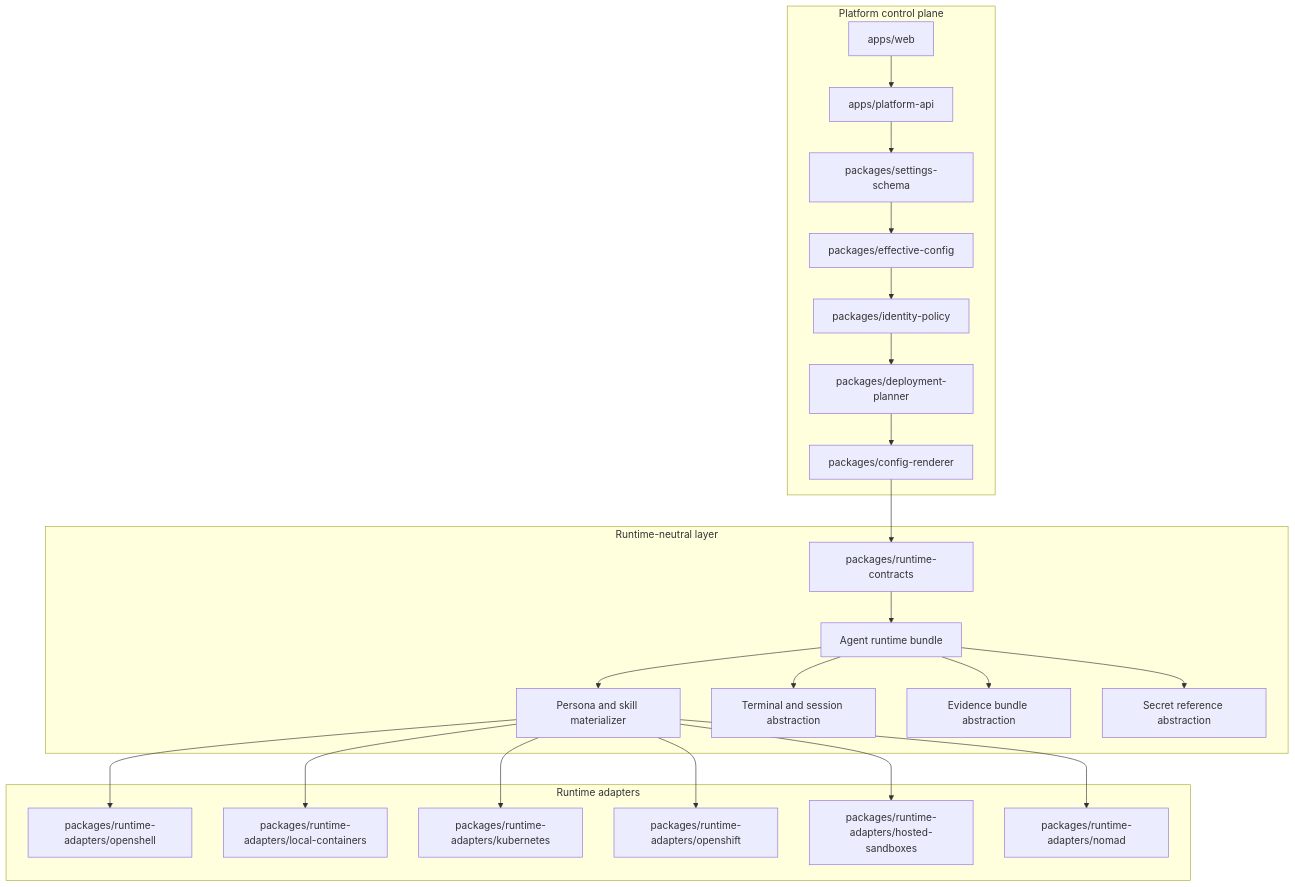
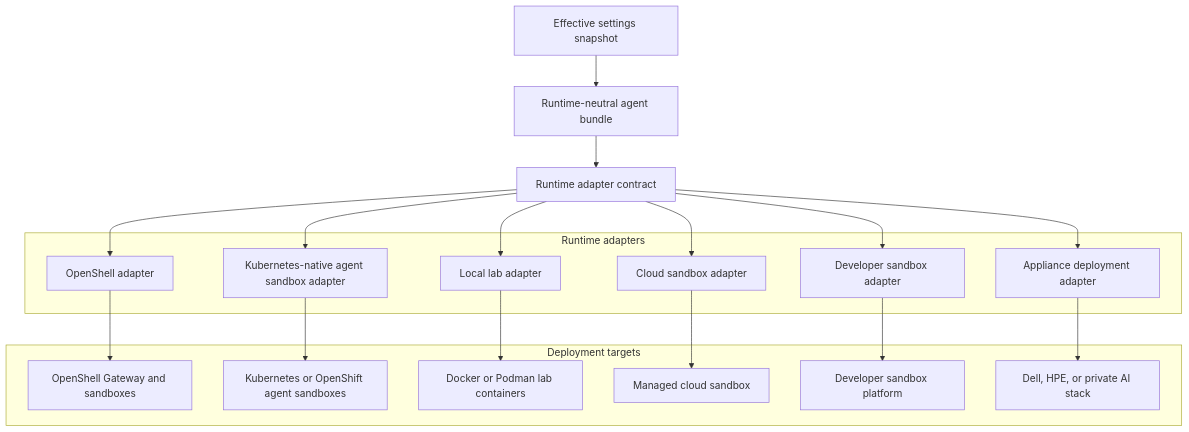
The seventh of 7 diagrams in docs/architecture/runtime-execution-environment-evaluation.md (ColtMercer/the-agentic-network-platform), drawn with Mermaid before and after one commit. The commit also changed other lines of this file and 1 other file, not shown here.

Commit message:
Update runtime competitor landscape

````diff
--- a/docs/architecture/runtime-execution-environment-evaluation.md
+++ b/docs/architecture/runtime-execution-environment-evaluation.md
@@ -658,50 +414,39 @@
 ```mermaid
 flowchart TB
-    subgraph control["Platform control plane"]
-        ui["apps/web"]
-        api["apps/platform-api"]
-        settings["packages/settings-schema"]
-        effective["packages/effective-config"]
-        policy["packages/identity-policy"]
-        planner["packages/deployment-planner"]
-        renderer["packages/config-renderer"]
+    settings["Effective settings snapshot"]
+    bundle["Runtime-neutral agent bundle"]
+    contract["Runtime adapter contract"]
+
+    subgraph adapters["Runtime adapters"]
+        openshellAdapter["OpenShell adapter"]
+        k8sAdapter["Kubernetes-native agent sandbox adapter"]
+        localAdapter["Local lab adapter"]
+        cloudAdapter["Cloud sandbox adapter"]
+        devAdapter["Developer sandbox adapter"]
+        applianceAdapter["Appliance deployment adapter"]
     end
 
-    subgraph neutral["Runtime-neutral layer"]
-        contracts["packages/runtime-contracts"]
-        bundle["Agent runtime bundle"]
-        personas["Persona and skill materializer"]
-        sessions["Terminal and session abstraction"]
-        evidence["Evidence bundle abstraction"]
-        secrets["Secret reference abstraction"]
+    subgraph outputs["Deployment targets"]
+        openshellTarget["OpenShell Gateway and sandboxes"]
+        k8sTarget["Kubernetes or OpenShift agent sandboxes"]
+        localTarget["Docker or Podman lab containers"]
+        cloudTarget["Managed cloud sandbox"]
+        devTarget["Developer sandbox platform"]
+        applianceTarget["Dell, HPE, or private AI stack"]
     end
 
-    subgraph adapters["Runtime adapters"]
-        openshell["packages/runtime-adapters/openshell"]
-        local["packages/runtime-adapters/local-containers"]
-        k8s["packages/runtime-adapters/kubernetes"]
-        openshift["packages/runtime-adapters/openshift"]
-        hosted["packages/runtime-adapters/hosted-sandboxes"]
-        nomad["packages/runtime-adapters/nomad"]
-    end
-
-    ui --> api
-    api --> settings
-    settings --> effective
-    effective --> policy
-    policy --> planner
-    planner --> renderer
-    renderer --> contracts
-    contracts --> bundle
-    bundle --> personas
-    bundle --> sessions
-    bundle --> evidence
-    bundle --> secrets
-
-    personas --> openshell
-    personas --> local
-    personas --> k8s
-    personas --> openshift
-    personas --> hosted
-    personas --> nomad
+    settings --> bundle
+    bundle --> contract
+    contract --> openshellAdapter
+    contract --> k8sAdapter
+    contract --> localAdapter
+    contract --> cloudAdapter
+    contract --> devAdapter
+    contract --> applianceAdapter
+    openshellAdapter --> openshellTarget
+    k8sAdapter --> k8sTarget
+    localAdapter --> localTarget
+    cloudAdapter --> cloudTarget
+    devAdapter --> devTarget
+    applianceAdapter --> applianceTarget
 ```
````
